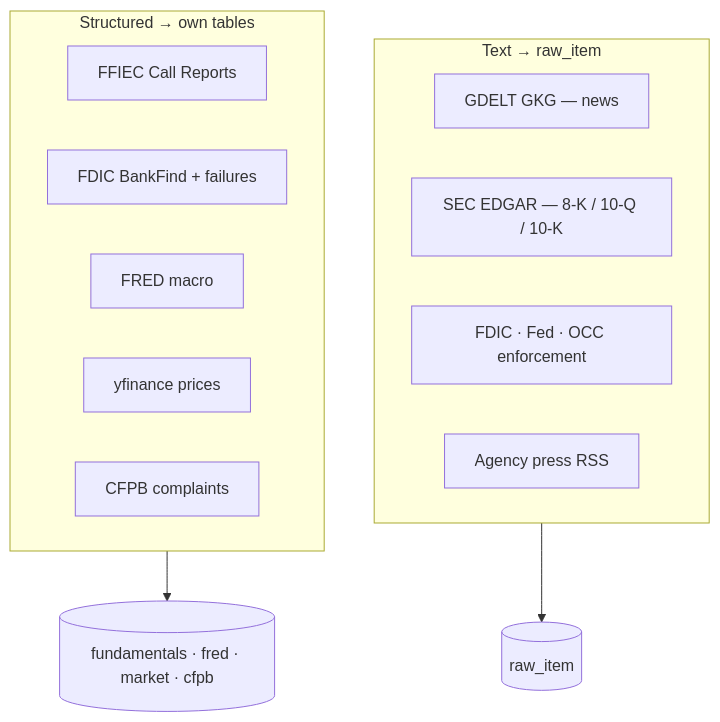
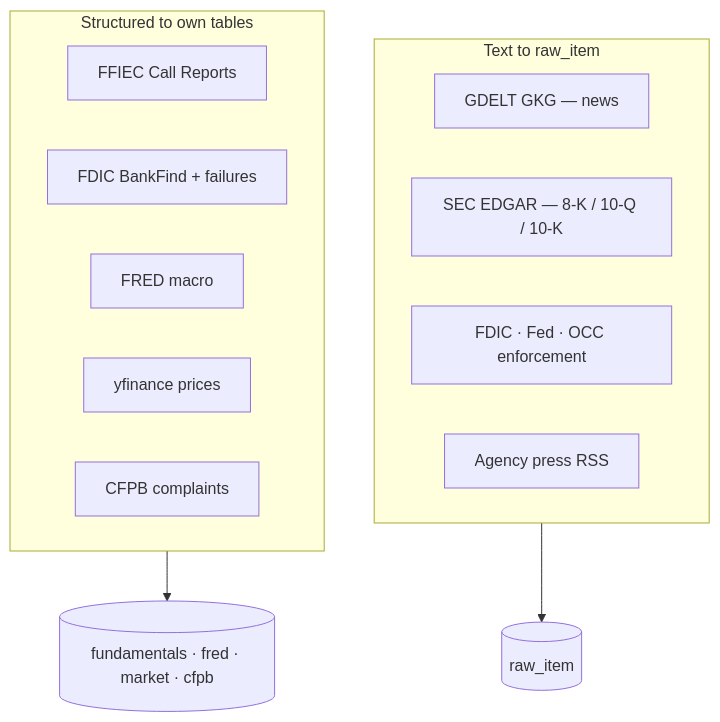
One commit to HOSH19/PNC_Capstone changed the third of 4 diagrams in README.md. Above: the diagram before and after it, drawn with Mermaid. The commit also changed other lines of this file, not shown here.

````diff
--- a/README.md
+++ b/README.md
@@ -84,20 +84,20 @@
 ```mermaid
 flowchart TB
-    subgraph TEXT[Text → raw_item]
+    subgraph TEXT[Text to raw_item]
         GKG[GDELT GKG — news]
         EDGAR[SEC EDGAR — 8-K / 10-Q / 10-K]
         ENF[FDIC · Fed · OCC enforcement]
         RSS[Agency press RSS]
     end
 
-    subgraph STRUCT[Structured → own tables]
+    subgraph STRUCT[Structured to own tables]
         FFIEC[FFIEC Call Reports]
         FDIC[FDIC BankFind + failures]
         FRED[FRED macro]
         YF[yfinance prices]
         CFPB[CFPB complaints]
     end
 
     TEXT --> RAW[(raw_item)]
     STRUCT --> TBL[(fundamentals · fred · market · cfpb)]
 ```
````
